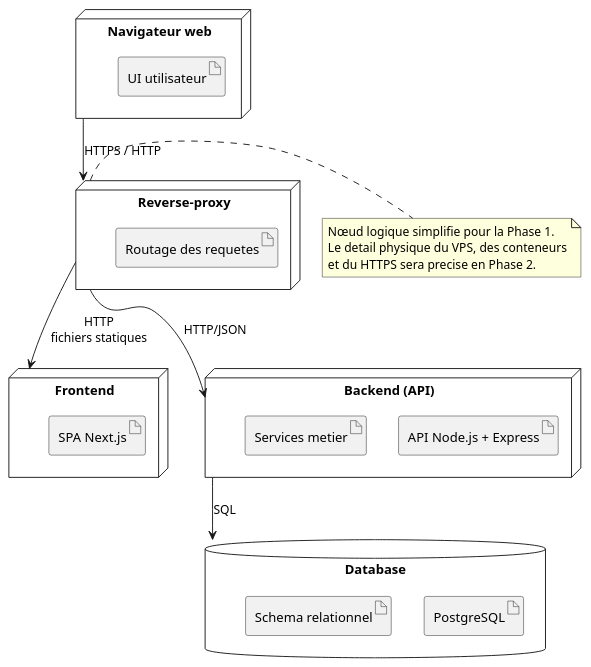
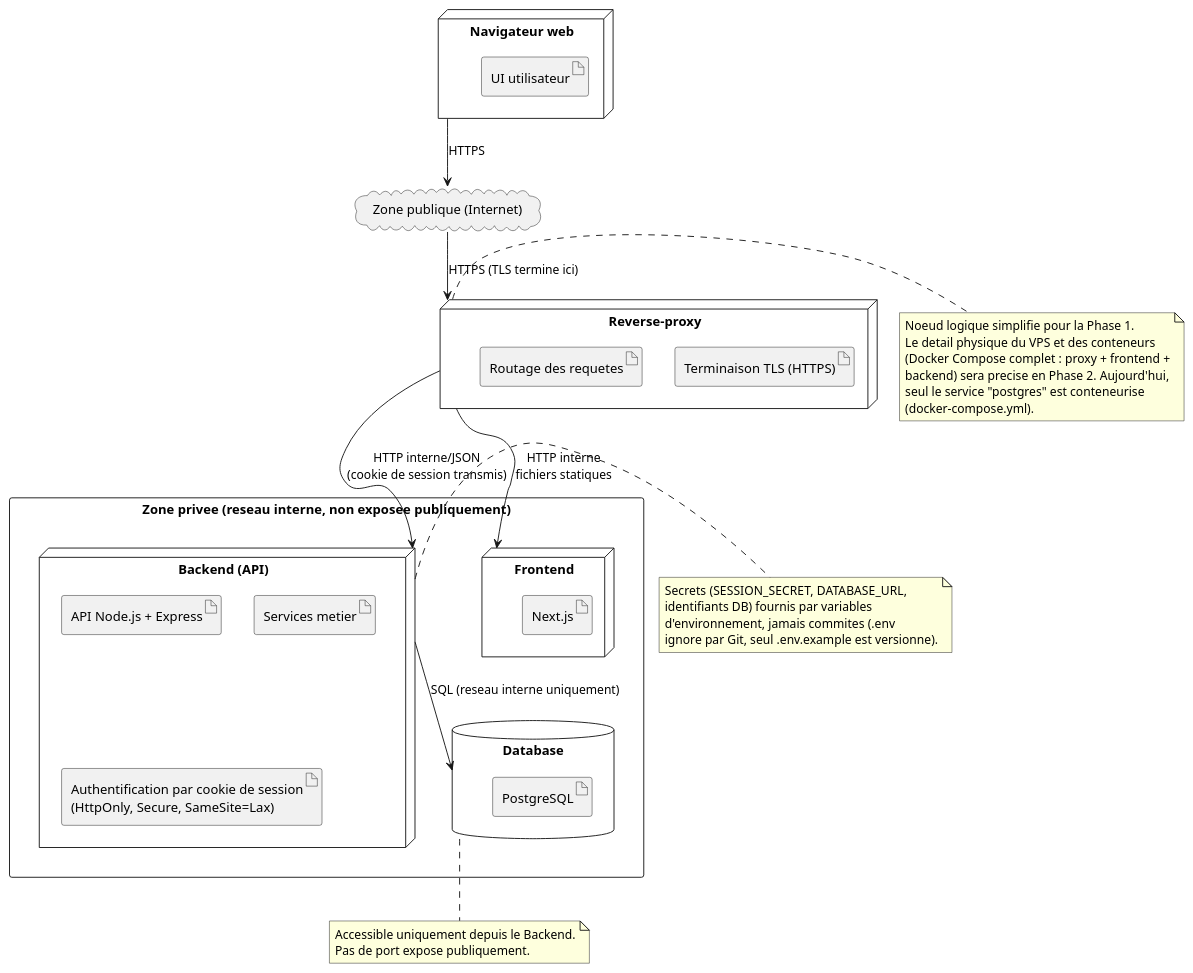
Before and after one commit to Khadija-diop/Projet-chef-d-uvre-MicroSaaS: the diagram in docs/diagrams/deployment.puml, drawn with PlantUML. The commit also changed 56 other files, not shown here.

```diff
--- a/docs/diagrams/deployment.puml
+++ b/docs/diagrams/deployment.puml
@@ -1,37 +1,62 @@
 @startuml
 skinparam shadowing false
 skinparam packageStyle rectangle
 
 node "Navigateur web" as Browser {
   artifact "UI utilisateur"
 }
 
+cloud "Zone publique (Internet)" as PublicZone {
+}
+
 node "Reverse-proxy" as Proxy {
+  artifact "Terminaison TLS (HTTPS)"
   artifact "Routage des requetes"
 }
 
-node "Frontend" as Frontend {
-  artifact "SPA Next.js"
+package "Zone privee (reseau interne, non exposee publiquement)" as PrivateZone {
+
+  node "Frontend" as Frontend {
+    artifact "Next.js"
+  }
+
+  node "Backend (API)" as Backend {
+    artifact "API Node.js + Express"
+    artifact "Services metier"
+    artifact "Authentification par cookie de session\n(HttpOnly, Secure, SameSite=Lax)"
+  }
+
+  database "Database" as Database {
+    artifact "PostgreSQL"
+  }
+
 }
 
-node "Backend (API)" as Backend {
-  artifact "API Node.js + Express"
-  artifact "Services metier"
-}
+note right of Backend
+  Secrets (SESSION_SECRET, DATABASE_URL,
+  identifiants DB) fournis par variables
+  d'environnement, jamais commites (.env
+  ignore par Git, seul .env.example est versionne).
+end note
 
-database "Database" as Database {
-  artifact "PostgreSQL"
-  artifact "Schema relationnel"
-}
+note bottom of Database
+  Accessible uniquement depuis le Backend.
+  Pas de port expose publiquement.
+end note
 
-Browser --> Proxy : HTTPS / HTTP
-Proxy --> Frontend : HTTP\nfichiers statiques
-Proxy --> Backend : HTTP/JSON
-Backend --> Database : SQL
+Browser --> PublicZone : HTTPS
+PublicZone --> Proxy : HTTPS (TLS termine ici)
+Proxy --> Frontend : HTTP interne\nfichiers statiques
+Proxy --> Backend : HTTP interne/JSON\n(cookie de session transmis)
+Backend --> Database : SQL (reseau interne uniquement)
 
 note right of Proxy
-  Nœud logique simplifie pour la Phase 1.
-  Le detail physique du VPS, des conteneurs
-  et du HTTPS sera precise en Phase 2.
+  Noeud logique simplifie pour la Phase 1.
+  Le detail physique du VPS et des conteneurs
+  (Docker Compose complet : proxy + frontend +
+  backend) sera precise en Phase 2. Aujourd'hui,
+  seul le service "postgres" est conteneurise
+  (docker-compose.yml).
 end note
+
 @enduml
```
